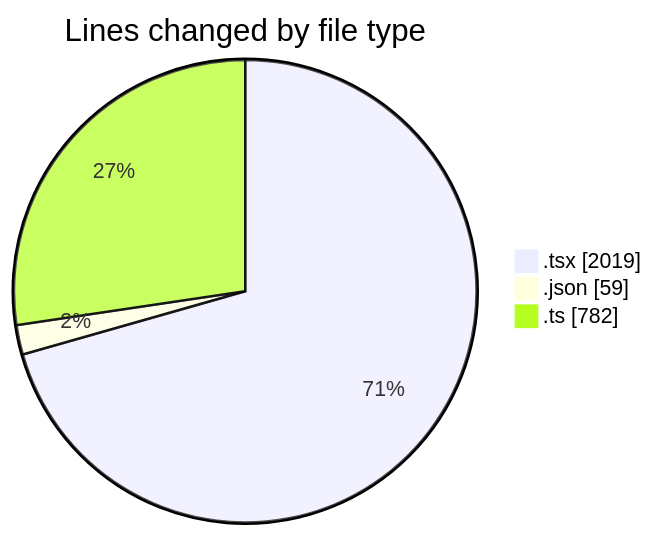
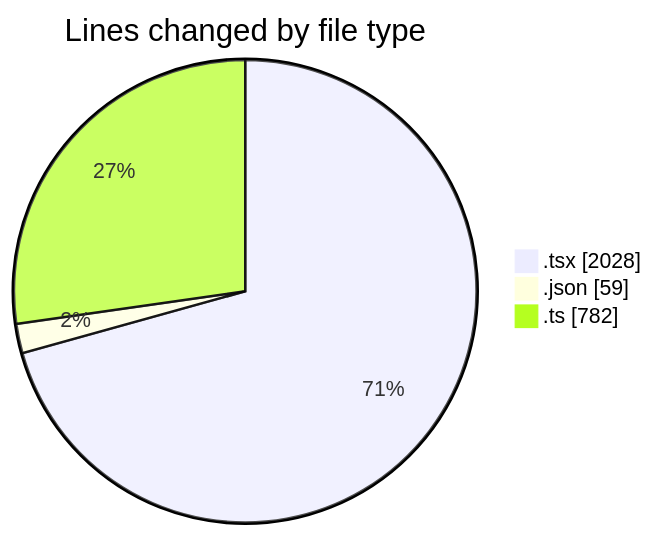
The first of 2 diagrams in 2025-11-24/cda/README.md (momahboobian/code-tracking), drawn with Mermaid before and after one commit. The commit also changed other lines of this file and 1 other file, not shown here.

````diff
--- a/2025-11-24/cda/README.md
+++ b/2025-11-24/cda/README.md
@@ -31,7 +31,7 @@
 ```mermaid
 pie showData
 title Lines changed by file type
-".tsx" : 2019
+".tsx" : 2028
 ".json" : 59
 ".ts" : 782
 ```
````
